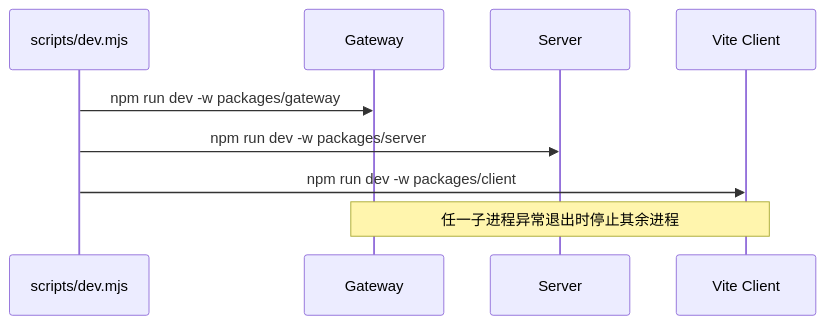
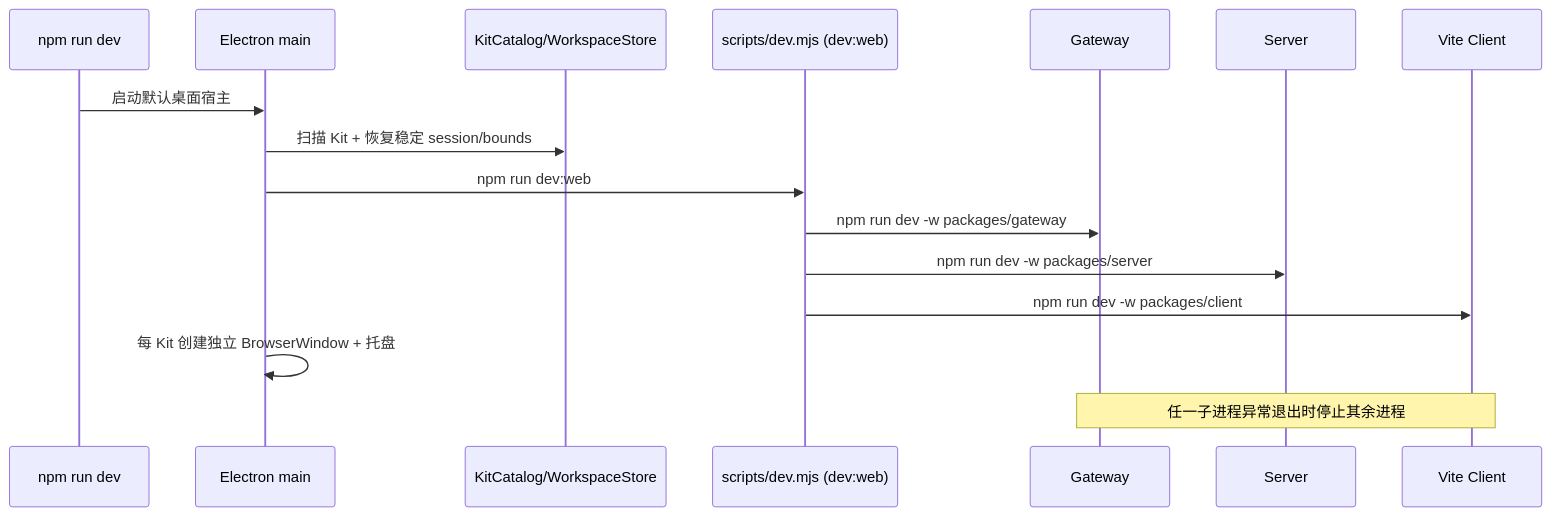
The first of 3 diagrams in docs/architecture/runtime-flows.md (itharbors/harbors), drawn with Mermaid before and after one commit. The commit also changed other lines of this file and 102 other files, not shown here.

First line of the commit message:
[Feature] 支持 Electron 多 Kit 工作台 (#7)

````diff
--- a/docs/architecture/runtime-flows.md
+++ b/docs/architecture/runtime-flows.md
@@ -8,11 +8,18 @@
 ```mermaid
 sequenceDiagram
-    participant CLI as scripts/dev.mjs
+    participant CLI as npm run dev
+    participant E as Electron main
+    participant K as KitCatalog/WorkspaceStore
+    participant Web as scripts/dev.mjs (dev:web)
     participant G as Gateway
     participant S as Server
     participant C as Vite Client
-    CLI->>G: npm run dev -w packages/gateway
-    CLI->>S: npm run dev -w packages/server
-    CLI->>C: npm run dev -w packages/client
+    CLI->>E: 启动默认桌面宿主
+    E->>K: 扫描 Kit + 恢复稳定 session/bounds
+    E->>Web: npm run dev:web
+    Web->>G: npm run dev -w packages/gateway
+    Web->>S: npm run dev -w packages/server
+    Web->>C: npm run dev -w packages/client
+    E->>E: 每 Kit 创建独立 BrowserWindow + 托盘
     Note over G,C: 任一子进程异常退出时停止其余进程
 ```
````
